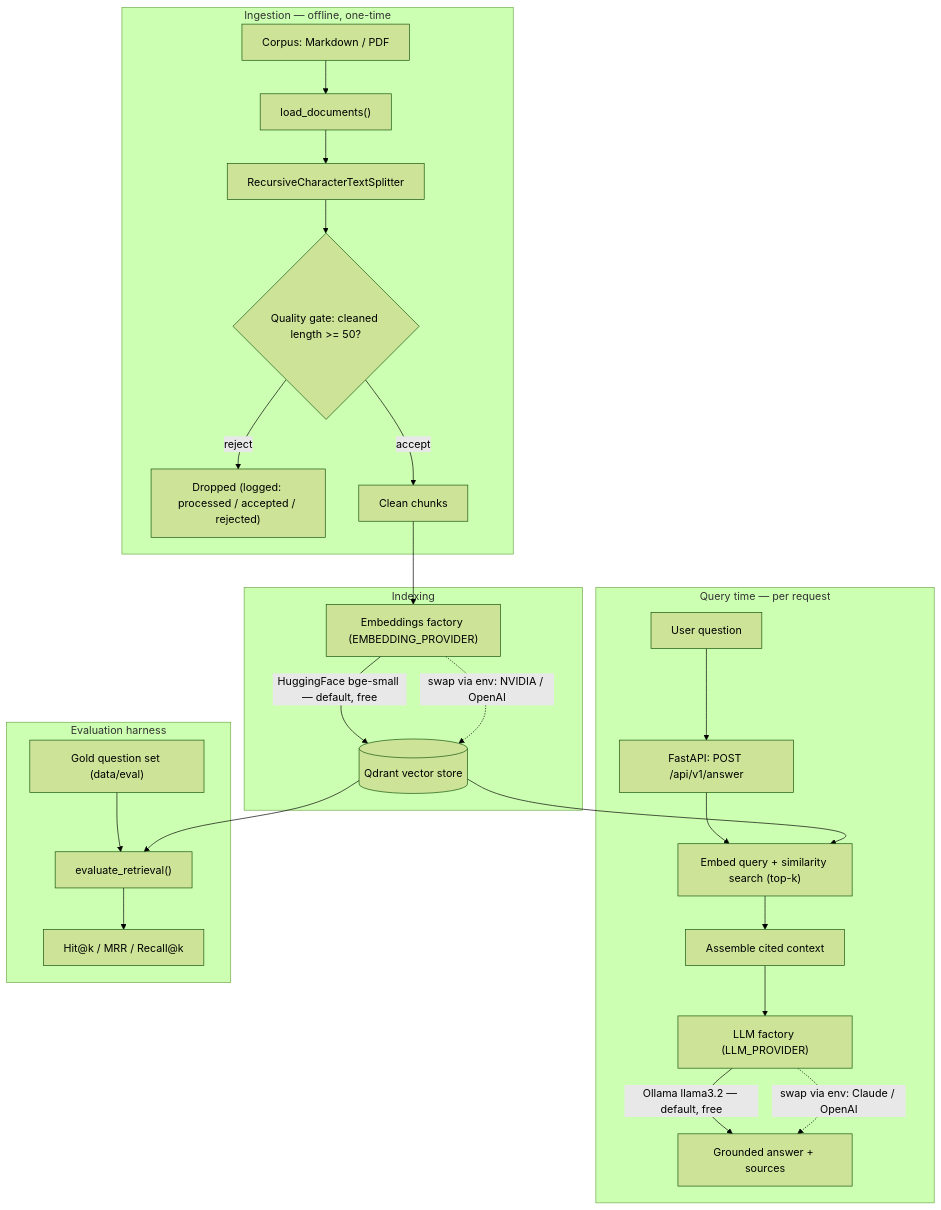
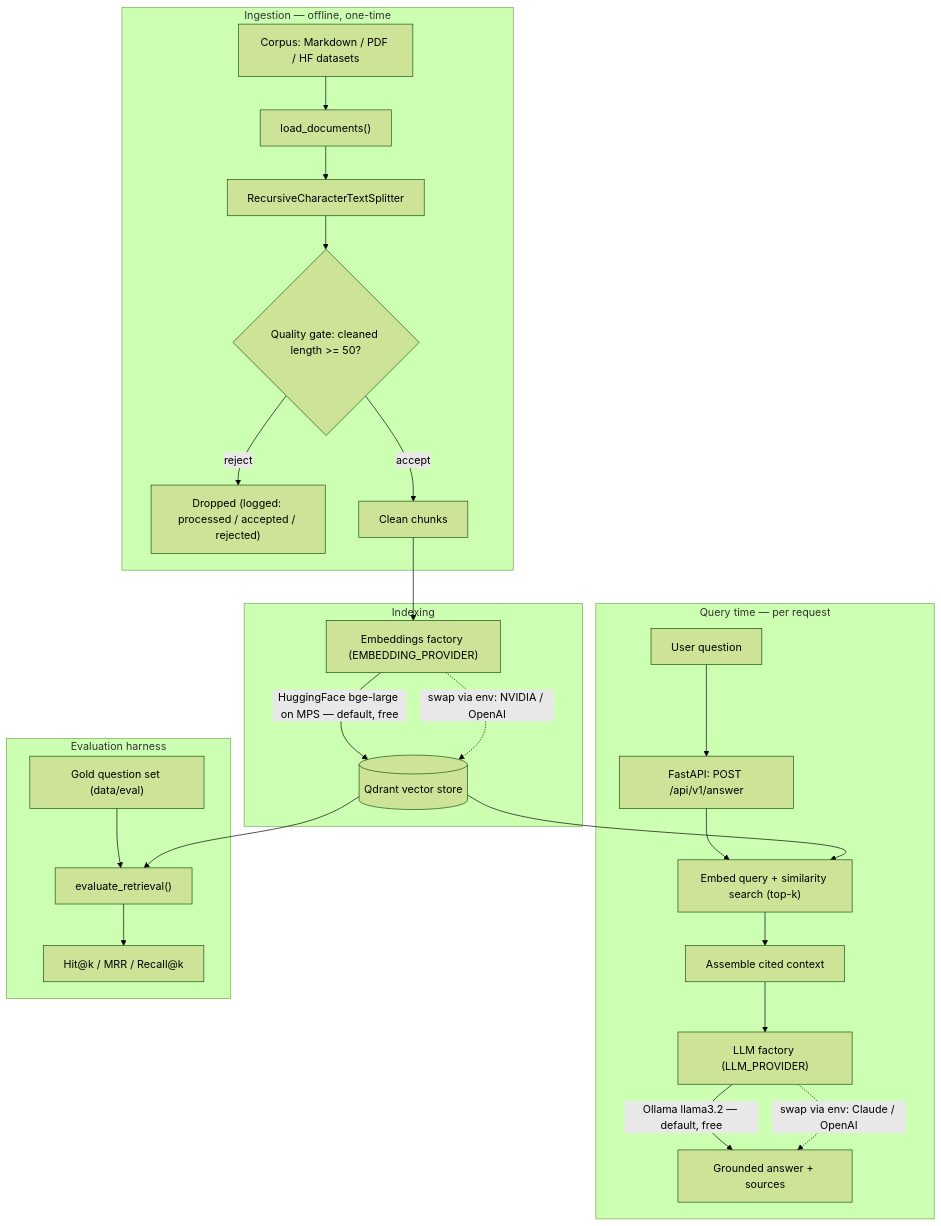
One commit to ssuresh808/llm-inference-rag changed the first of 2 diagrams in docs/architecture.md. Above: the diagram before and after it, drawn with Mermaid (forest theme). The commit also changed other lines of this file and 10 other files, not shown here.

First line of the commit message:
feat(ingestion): add HuggingFace dataset corpus + MPS-accelerated embeddings

````diff
--- a/docs/architecture.md
+++ b/docs/architecture.md
@@ -11,32 +11,32 @@
 ```mermaid
 flowchart TD
     subgraph INGEST["Ingestion — offline, one-time"]
-        A["Corpus: Markdown / PDF"] --> B["load_documents()"]
+        A["Corpus: Markdown / PDF / HF datasets"] --> B["load_documents()"]
         B --> C["RecursiveCharacterTextSplitter"]
         C --> D{"Quality gate: cleaned length >= 50?"}
         D -->|"reject"| X["Dropped (logged: processed / accepted / rejected)"]
         D -->|"accept"| E["Clean chunks"]
     end
 
     subgraph INDEX["Indexing"]
         E --> F["Embeddings factory (EMBEDDING_PROVIDER)"]
-        F -->|"HuggingFace bge-small — default, free"| G[("Qdrant vector store")]
+        F -->|"HuggingFace bge-large on MPS — default, free"| G[("Qdrant vector store")]
         F -.->|"swap via env: NVIDIA / OpenAI"| G
     end
 
     subgraph QUERY["Query time — per request"]
         Q["User question"] --> H["FastAPI: POST /api/v1/answer"]
         H --> I["Embed query + similarity search (top-k)"]
         G --> I
         I --> J["Assemble cited context"]
         J --> K["LLM factory (LLM_PROVIDER)"]
         K -->|"Ollama llama3.2 — default, free"| L["Grounded answer + sources"]
         K -.->|"swap via env: Claude / OpenAI"| L
     end
 
     subgraph EVAL["Evaluation harness"]
         GOLD["Gold question set (data/eval)"] --> EV["evaluate_retrieval()"]
         G --> EV
         EV --> M["Hit@k / MRR / Recall@k"]
     end
 ```
````
